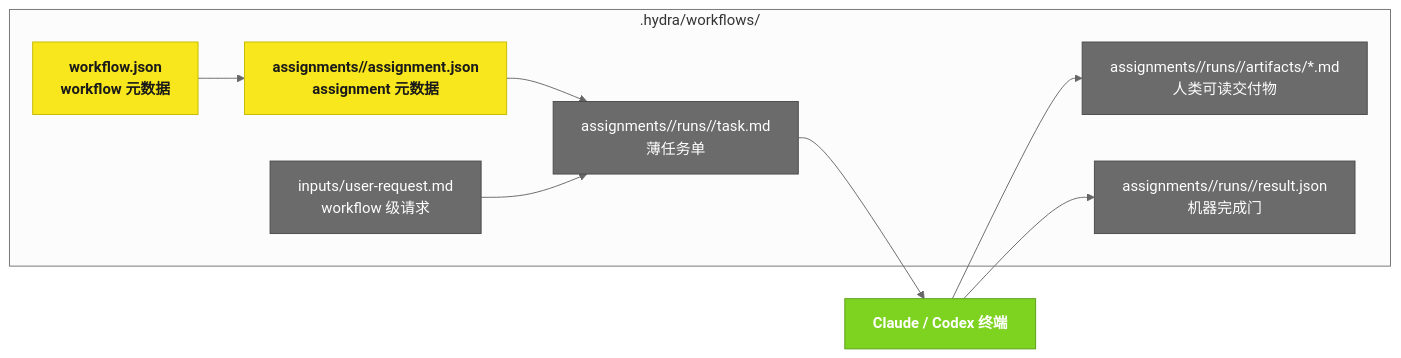
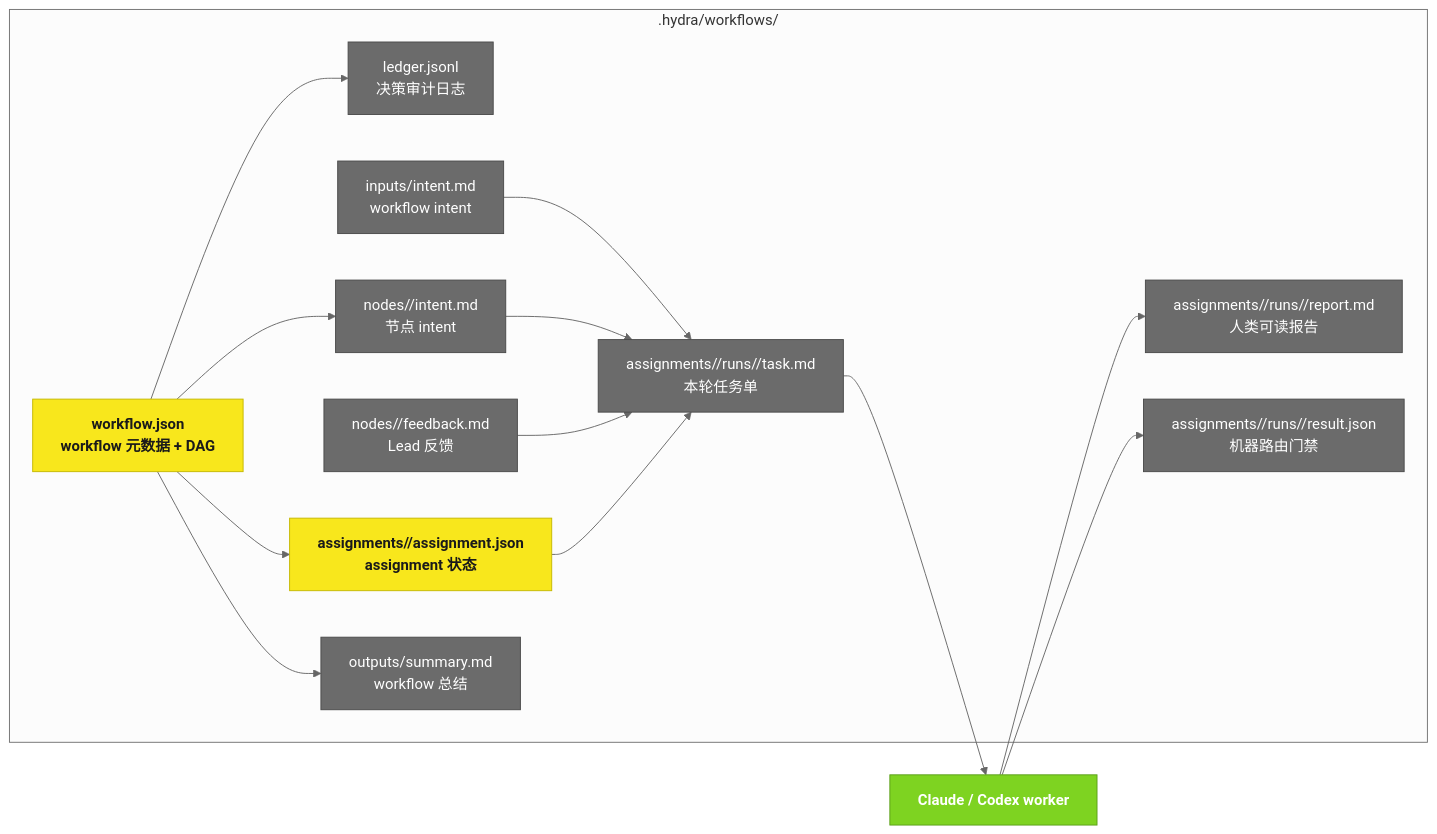
Before and after one commit to blueberrycongee/termcanvas: the fourth of 4 diagrams in docs/hydra-panorama-flow-zh.md, drawn with Mermaid (neutral theme). The commit also changed other lines of this file and 7 other files, not shown here.

Commit message:
docs(hydra): align docs with lead-driven workflow

````diff
--- a/docs/hydra-panorama-flow-zh.md
+++ b/docs/hydra-panorama-flow-zh.md
@@ -78,22 +86,31 @@
 ```mermaid
 flowchart LR
     classDef file fill:#6b6b6b,stroke:#4a4a4a,color:#fff
     classDef state fill:#f8e71c,stroke:#c5b800,color:#1a1a1a,font-weight:bold
     classDef agent fill:#7ed321,stroke:#5a9e18,color:#fff,font-weight:bold
 
     subgraph WF[".hydra/workflows/<workflowId>"]
-        WJ["workflow.json<br/>workflow 元数据"]:::state
-        INPUT["inputs/user-request.md<br/>workflow 级请求"]:::file
-        AJ["assignments/<assignmentId>/assignment.json<br/>assignment 元数据"]:::state
-        TASK["assignments/<assignmentId>/runs/<runId>/task.md<br/>薄任务单"]:::file
-        ART["assignments/<assignmentId>/runs/<runId>/artifacts/*.md<br/>人类可读交付物"]:::file
-        RESULT["assignments/<assignmentId>/runs/<runId>/result.json<br/>机器完成门"]:::file
+        WJ["workflow.json<br/>workflow 元数据 + DAG"]:::state
+        LEDGER["ledger.jsonl<br/>决策审计日志"]:::file
+        INPUT["inputs/intent.md<br/>workflow intent"]:::file
+        NODE["nodes/<nodeId>/intent.md<br/>节点 intent"]:::file
+        FEEDBACK["nodes/<nodeId>/feedback.md<br/>Lead 反馈"]:::file
+        AJ["assignments/<assignmentId>/assignment.json<br/>assignment 状态"]:::state
+        TASK["assignments/<assignmentId>/runs/<runId>/task.md<br/>本轮任务单"]:::file
+        REPORT["assignments/<assignmentId>/runs/<runId>/report.md<br/>人类可读报告"]:::file
+        RESULT["assignments/<assignmentId>/runs/<runId>/result.json<br/>机器路由门禁"]:::file
+        OUT["outputs/summary.md<br/>workflow 总结"]:::file
     end
 
+    WJ --> NODE
     WJ --> AJ
+    INPUT --> TASK
+    NODE --> TASK
+    FEEDBACK --> TASK
     AJ --> TASK
-    INPUT --> TASK
-    TASK --> AGENT["Claude / Codex 终端"]:::agent
-    AGENT --> ART
+    TASK --> AGENT["Claude / Codex worker"]:::agent
+    AGENT --> REPORT
     AGENT --> RESULT
+    WJ --> LEDGER
+    WJ --> OUT
 ```
````
